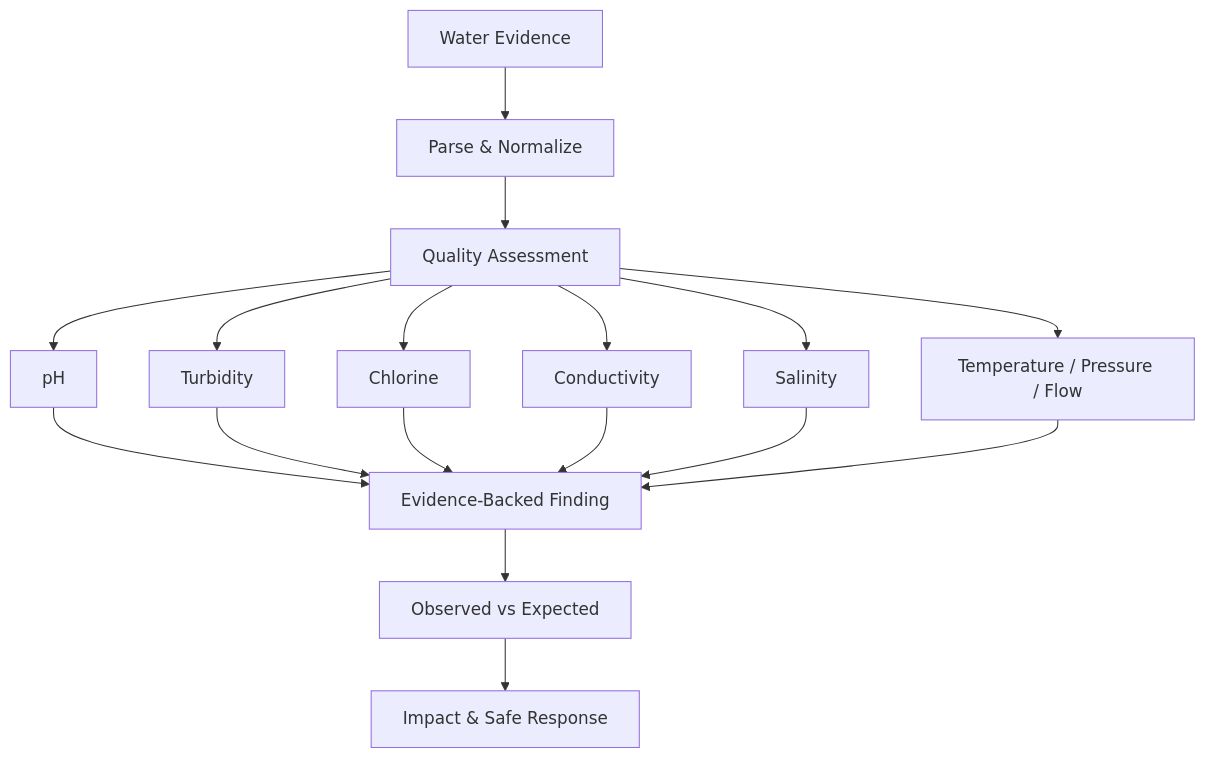
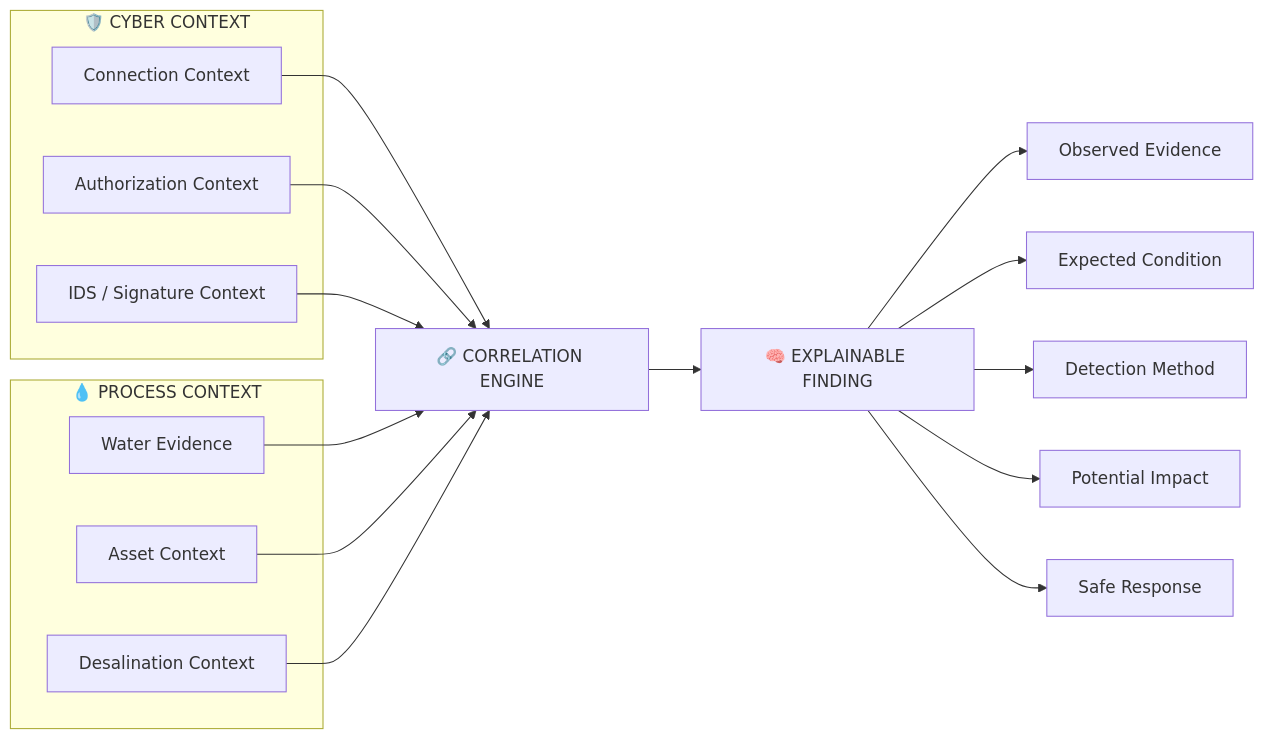
The fifth of 10 diagrams in README.md (HaziqBinAfzal/AquaVigil), drawn with Mermaid before and after one commit. The commit also changed other lines of this file, not shown here.

````diff
--- a/README.md
+++ b/README.md
@@ -276,22 +406,31 @@
 ```mermaid
-flowchart TB
-    A["Water Evidence"] --> B["Parse & Normalize"]
-    B --> C["Quality Assessment"]
+flowchart LR
 
-    C --> D["pH"]
-    C --> E["Turbidity"]
-    C --> F["Chlorine"]
-    C --> G["Conductivity"]
-    C --> H["Salinity"]
-    C --> I["Temperature / Pressure / Flow"]
+    subgraph CYBER["🛡️ CYBER CONTEXT"]
+        NET["Connection Context"]
+        AUTH["Authorization Context"]
+        IDS["IDS / Signature Context"]
+    end
 
-    D --> J["Evidence-Backed Finding"]
-    E --> J
-    F --> J
-    G --> J
-    H --> J
-    I --> J
+    subgraph PROCESS["💧 PROCESS CONTEXT"]
+        WATER["Water Evidence"]
+        ASSET["Asset Context"]
+        DESAL["Desalination Context"]
+    end
 
-    J --> K["Observed vs Expected"]
-    K --> L["Impact & Safe Response"]
+    NET --> COR["🔗 CORRELATION ENGINE"]
+    AUTH --> COR
+    IDS --> COR
+
+    WATER --> COR
+    ASSET --> COR
+    DESAL --> COR
+
+    COR --> FIND["🧠 EXPLAINABLE FINDING"]
+
+    FIND --> OBS["Observed Evidence"]
+    FIND --> EXP["Expected Condition"]
+    FIND --> METHOD["Detection Method"]
+    FIND --> IMPACT["Potential Impact"]
+    FIND --> RESPONSE["Safe Response"]
 ```
````
